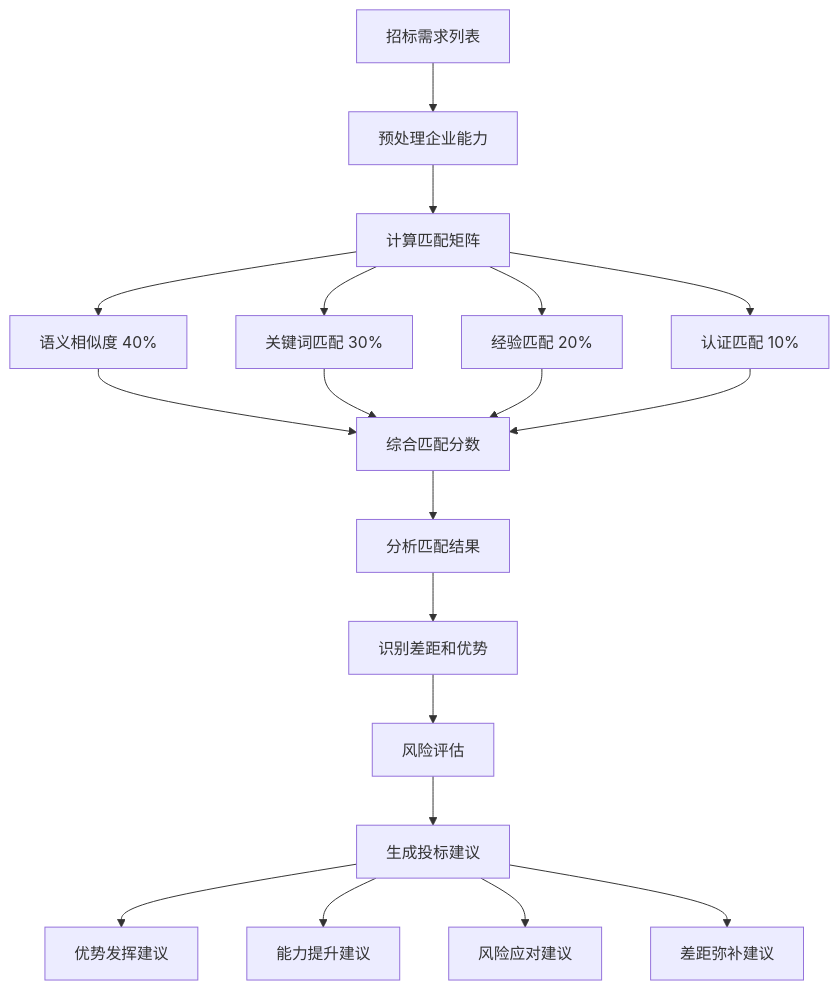
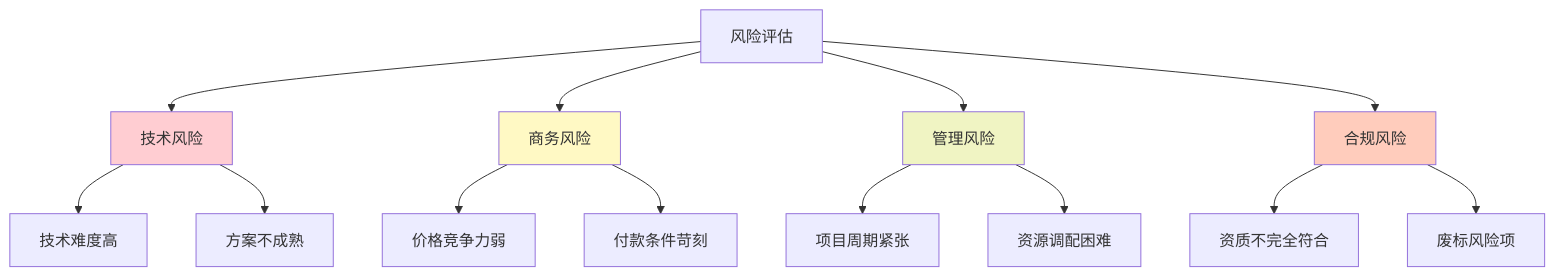
The fourth of 5 diagrams in docs/04-业务设计/03-AI算法设计/02-智能匹配引擎算法.md (goodshileidev/ai-contract), drawn with Mermaid before and after one commit. The commit also changed other lines of this file and 9 other files, not shown here.

````diff
--- a/docs/04-业务设计/03-AI算法设计/02-智能匹配引擎算法.md
+++ b/docs/04-业务设计/03-AI算法设计/02-智能匹配引擎算法.md
@@ -769,24 +249,24 @@
 ```mermaid
-graph TD
-    A[招标需求列表] --> B[预处理企业能力]
-    B --> C[计算匹配矩阵]
-    C --> C1[语义相似度 40%]
-    C --> C2[关键词匹配 30%]
-    C --> C3[经验匹配 20%]
-    C --> C4[认证匹配 10%]
+graph TB
+    A[风险评估] --> B[技术风险]
+    A --> C[商务风险]
+    A --> D[管理风险]
+    A --> E[合规风险]
 
-    C1 --> D[综合匹配分数]
-    C2 --> D
-    C3 --> D
-    C4 --> D
+    B --> B1[技术难度高]
+    B --> B2[方案不成熟]
 
-    D --> E[分析匹配结果]
-    E --> F[识别差距和优势]
-    F --> G[风险评估]
-    G --> H[生成投标建议]
+    C --> C1[价格竞争力弱]
+    C --> C2[付款条件苛刻]
 
-    H --> I1[优势发挥建议]
-    H --> I2[能力提升建议]
-    H --> I3[风险应对建议]
-    H --> I4[差距弥补建议]
+    D --> D1[项目周期紧张]
+    D --> D2[资源调配困难]
+
+    E --> E1[资质不完全符合]
+    E --> E2[废标风险项]
+
+    style B fill:#ffcdd2
+    style C fill:#fff9c4
+    style D fill:#f0f4c3
+    style E fill:#ffccbc
 ```
````
